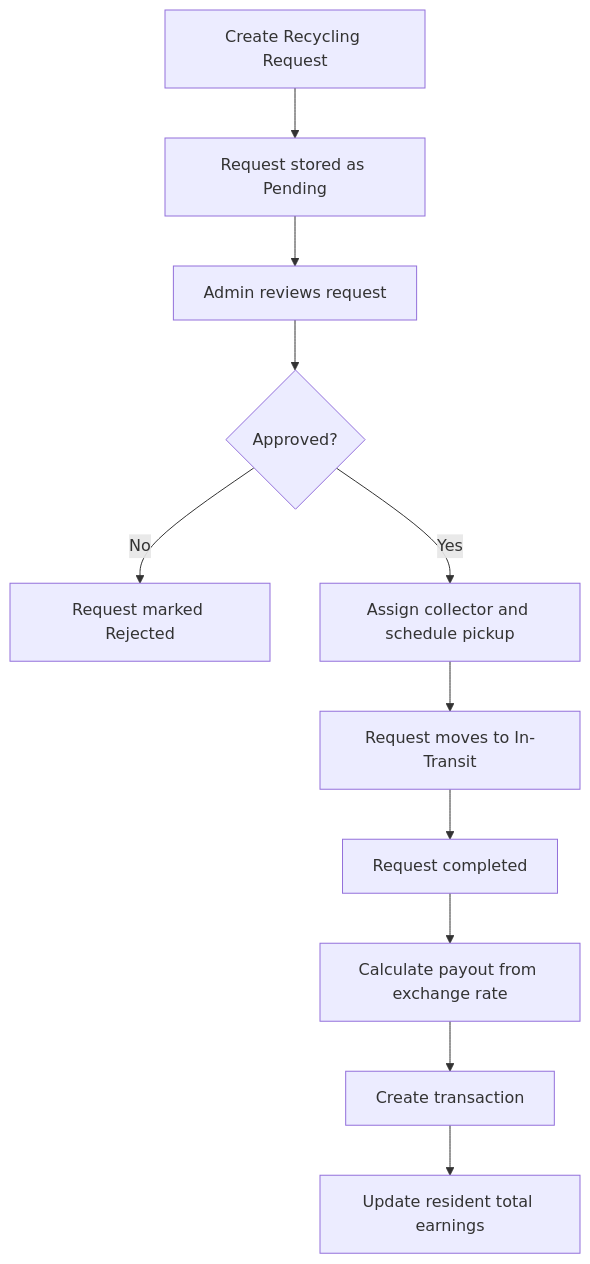
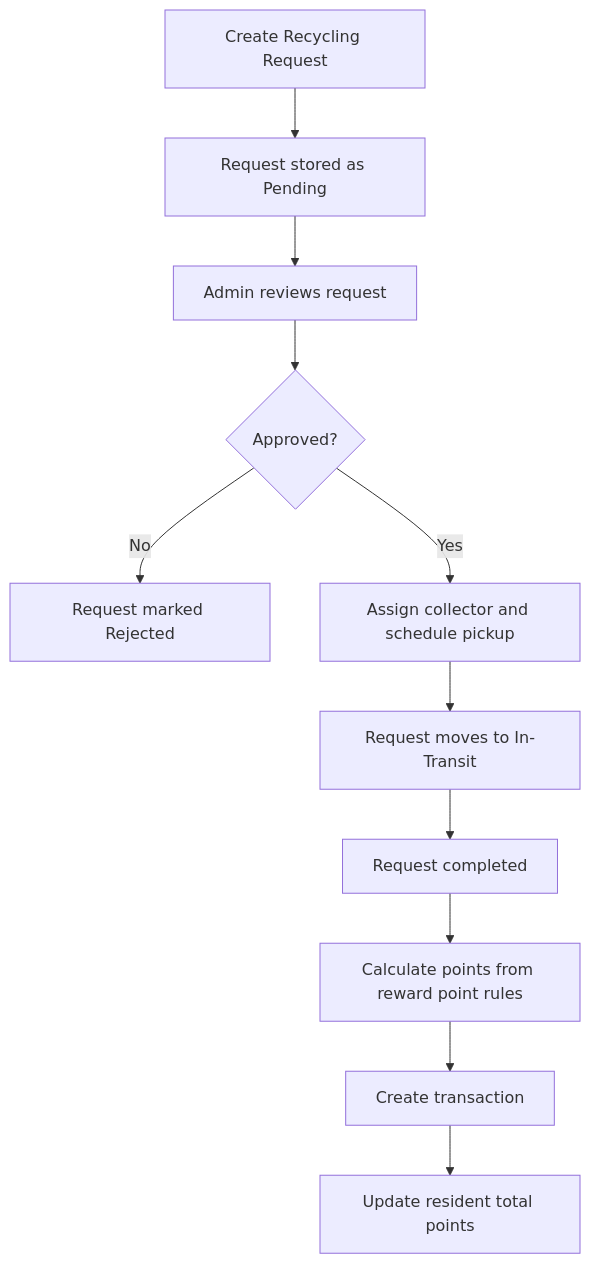
One commit to recytechewaste/recytech-web changed the third of 4 diagrams in SYSTEM_ARCHITECTURE.md. Above: the diagram before and after it, drawn with Mermaid. The commit also changed other lines of this file and 121 other files, not shown here.

````diff
--- a/SYSTEM_ARCHITECTURE.md
+++ b/SYSTEM_ARCHITECTURE.md
@@ -112,13 +112,13 @@
 ```mermaid
 flowchart TD
     A[Create Recycling Request] --> B[Request stored as Pending]
     B --> C[Admin reviews request]
     C --> D{Approved?}
     D -- No --> E[Request marked Rejected]
     D -- Yes --> F[Assign collector and schedule pickup]
     F --> G[Request moves to In-Transit]
     G --> H[Request completed]
-    H --> I[Calculate payout from exchange rate]
+    H --> I[Calculate points from reward point rules]
     I --> J[Create transaction]
-    J --> K[Update resident total earnings]
+    J --> K[Update resident total points]
 ```
````
